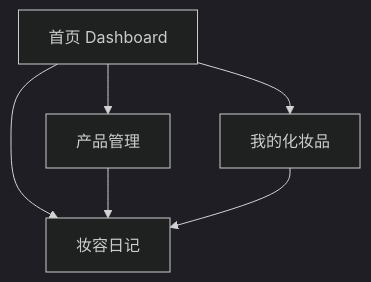
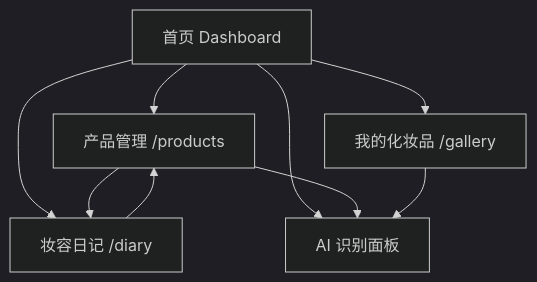
The diagram in README.md (qianz7884-blip/beauty-mirror), drawn with Mermaid (dark theme) before and after one commit. The commit also changed other lines of this file and 48 other files, not shown here.

````diff
--- a/README.md
+++ b/README.md
@@ -24,8 +22,11 @@
 ```mermaid
 flowchart TD
-	A[首页 Dashboard] --> B[产品管理]
-	A --> C[我的化妆品]
-	A --> D[妆容日记]
-	B --> D
-	C --> D
+    A[首页 Dashboard] --> B[产品管理 /products]
+    A --> C[我的化妆品 /gallery]
+    A --> D[妆容日记 /diary]
+    A --> E[AI 识别面板]
+    B --> D
+    B --> E
+    C --> E
+    D --> B
 ```
````
